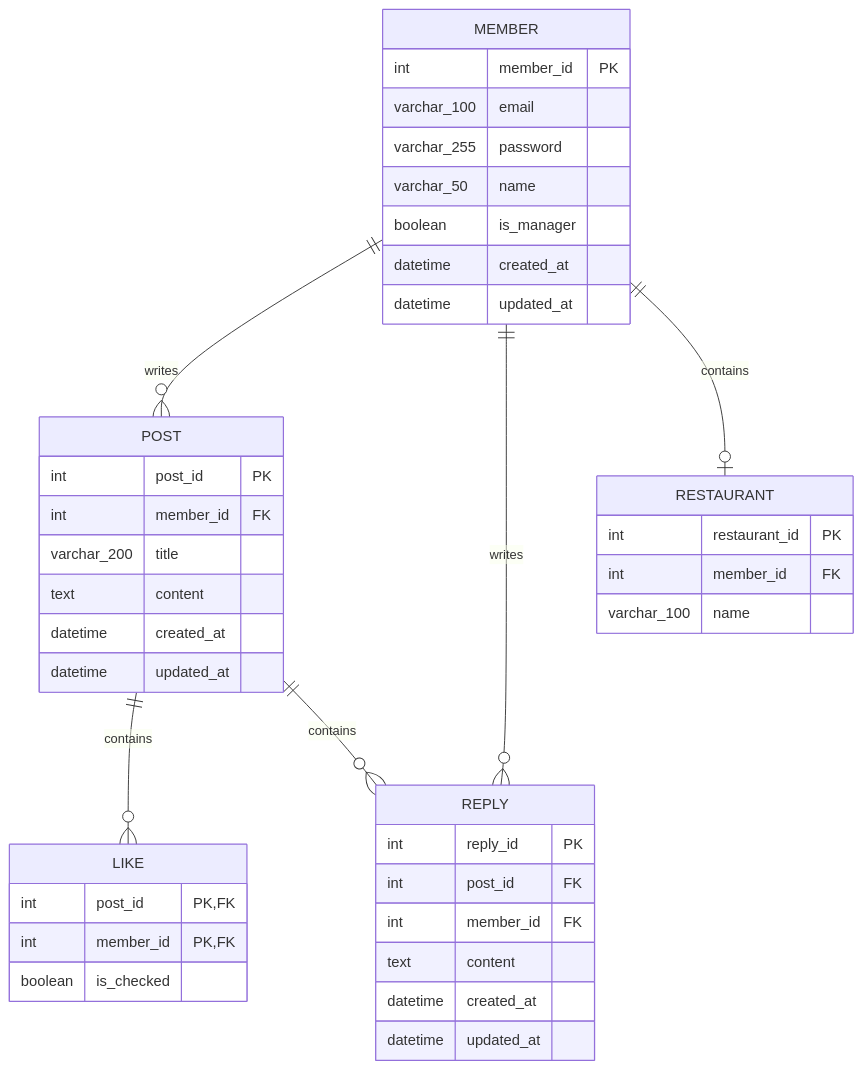
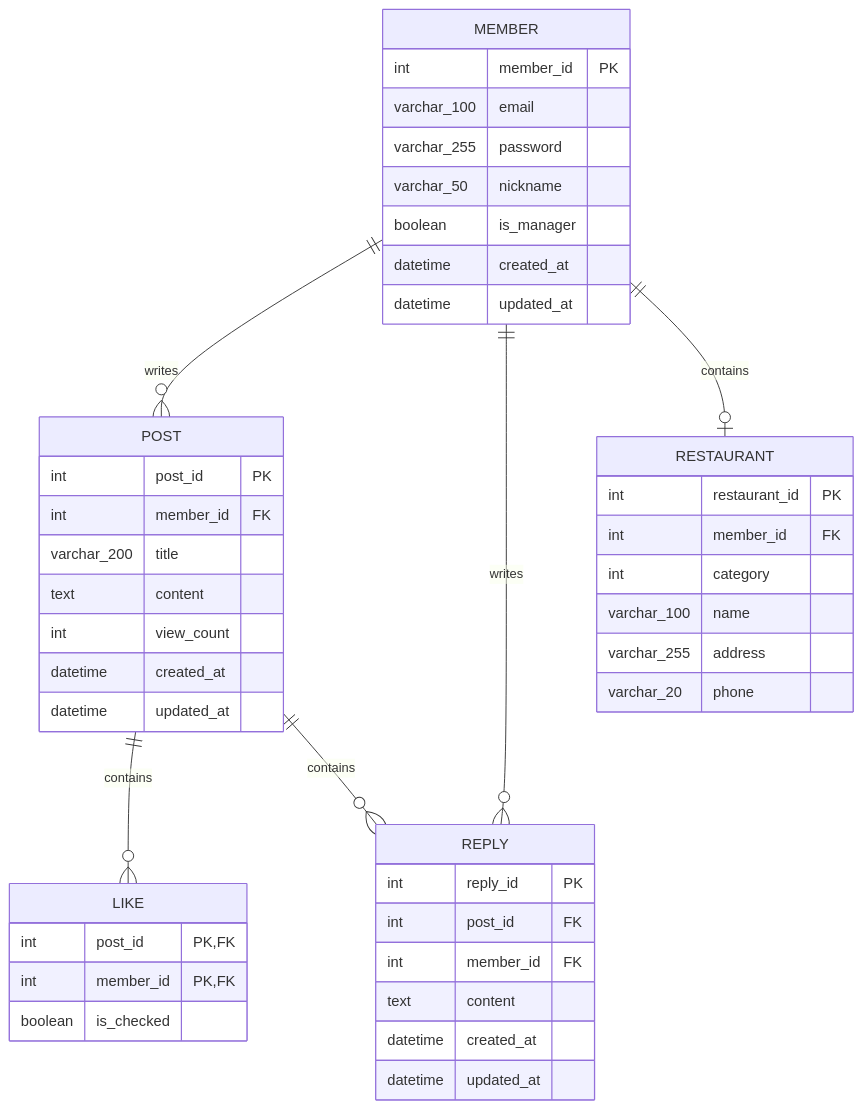
The diagram in docs/02_design/02_erd.md (Vioeon/byte_and_bite), drawn with Mermaid before and after one commit. The commit also changed other lines of this file and 1 other file, not shown here.

````diff
--- a/docs/02_design/02_erd.md
+++ b/docs/02_design/02_erd.md
@@ -13,48 +13,52 @@
 ```mermaid
 erDiagram
     MEMBER ||--o{ POST : writes
     MEMBER ||--o{ REPLY : writes
     MEMBER ||--o| RESTAURANT : contains
     POST ||--o{ LIKE : contains
     POST ||--o{ REPLY : contains
 
     MEMBER {
         int member_id PK
         varchar_100 email
         varchar_255 password
-        varchar_50 name
+        varchar_50 nickname
         boolean is_manager
         datetime created_at
         datetime updated_at
     }
     
     RESTAURANT {
         int restaurant_id PK
         int member_id FK
+        int category
         varchar_100 name
+        varchar_255 address
+        varchar_20 phone
     }
 
     POST {
         int post_id PK
         int member_id FK
         varchar_200 title
         text content
+        int view_count
         datetime created_at
         datetime updated_at
     }
     
     LIKE {
         int post_id PK, FK
         int member_id PK, FK
         boolean is_checked
     }
 
     REPLY {
         int reply_id PK
         int post_id FK
         int member_id FK
         text content
         datetime created_at
         datetime updated_at
     }
 ```
````
